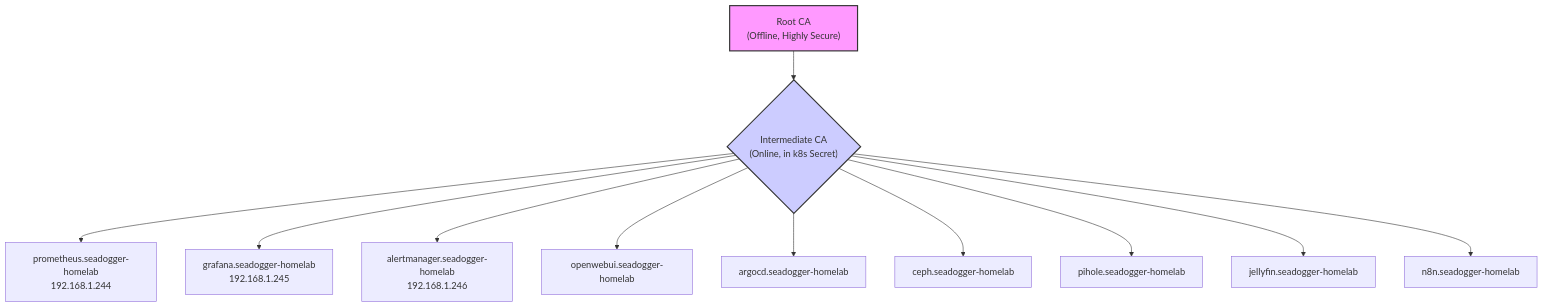
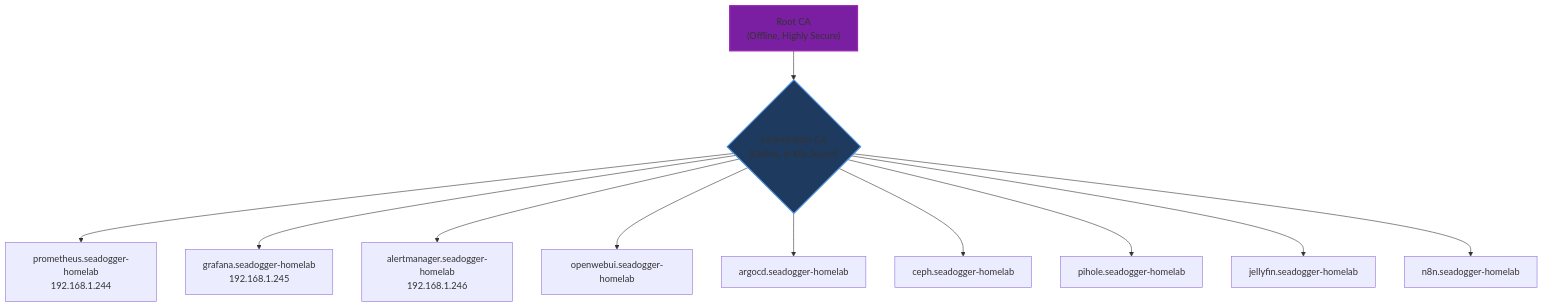
Before and after one commit to seadogger-tech/seadogger-homelab: the first of 8 diagrams in docs/wiki/08-Security-and-Certificates.md, drawn with Mermaid. The commit also changed other lines of this file and 4 other files, not shown here.

````diff
--- a/docs/wiki/08-Security-and-Certificates.md
+++ b/docs/wiki/08-Security-and-Certificates.md
@@ -15,16 +25,16 @@
 ```mermaid
 graph TD
     A["Root CA<br>(Offline, Highly Secure)"] --> B{"Intermediate CA<br>(Online, in k8s Secret)"};
     B --> prometheus["prometheus.seadogger-homelab<br>192.168.1.244"];
     B --> grafana["grafana.seadogger-homelab<br>192.168.1.245"];
     B --> alertmanager["alertmanager.seadogger-homelab<br>192.168.1.246"];
     B --> openwebui["openwebui.seadogger-homelab"];
     B --> argocd["argocd.seadogger-homelab"];
     B --> ceph["ceph.seadogger-homelab"];
     B --> pihole["pihole.seadogger-homelab"];
     B --> jellyfin["jellyfin.seadogger-homelab"];
     B --> n8n["n8n.seadogger-homelab"];
 
-    style A fill:#f9f,stroke:#333,stroke-width:2px
-    style B fill:#ccf,stroke:#333,stroke-width:2px
+    style A fill:#7b1fa2,stroke:#9c27b0,stroke-width:2px
+    style B fill:#1e3a5f,stroke:#4a90e2,stroke-width:2px
 ```
````
